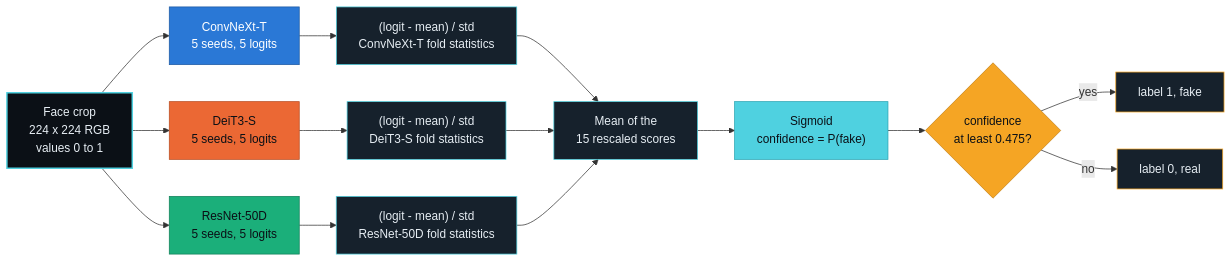
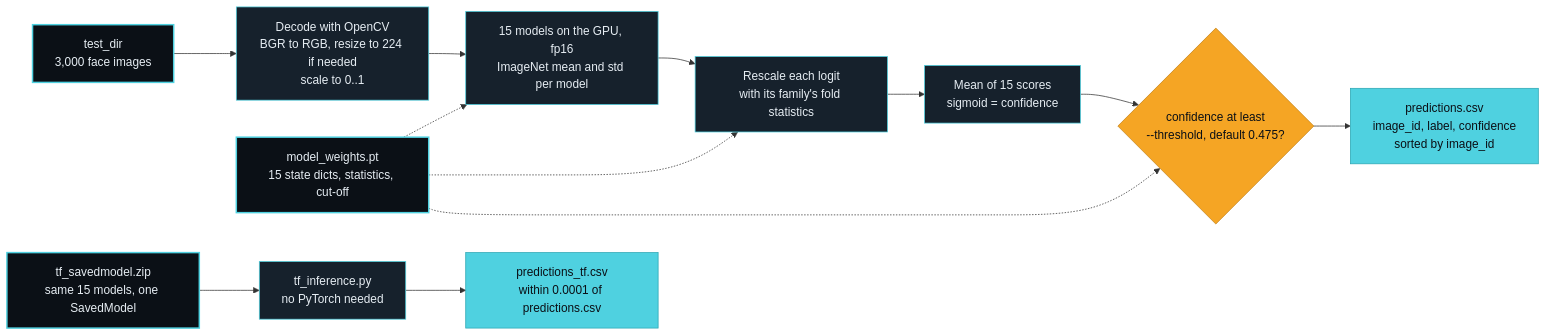
Before and after one commit to Paradox-73/DeepFake_Hackathon: the first of 2 diagrams in README.md, drawn with Mermaid. The commit also changed other lines of this file and 1 other file, not shown here.

First line of the commit message:
Rework README: scorecard, T4 reproduction steps, deliverables map, pipeline diagrams

````diff
--- a/README.md
+++ b/README.md
@@ -155,26 +164,19 @@
 ```mermaid
 flowchart LR
-    IN["Face crop<br/>224 x 224 RGB<br/>values 0 to 1"]:::io
-    IN --> C["ConvNeXt-T<br/>5 seeds, 5 logits"]:::cnx
-    IN --> D["DeiT3-S<br/>5 seeds, 5 logits"]:::deit
-    IN --> R["ResNet-50D<br/>5 seeds, 5 logits"]:::res
-    C --> CZ["(logit - mean) / std<br/>ConvNeXt-T fold statistics"]:::step
-    D --> DZ["(logit - mean) / std<br/>DeiT3-S fold statistics"]:::step
-    R --> RZ["(logit - mean) / std<br/>ResNet-50D fold statistics"]:::step
-    CZ --> M["Mean of the<br/>15 rescaled scores"]:::step
-    DZ --> M
-    RZ --> M
-    M --> S["Sigmoid<br/>confidence = P(fake)"]:::out
-    S --> T{"confidence<br/>at least 0.475?"}:::cut
-    T -- yes --> FK["label 1, fake"]:::lbl
-    T -- no --> RL["label 0, real"]:::lbl
+    IMG["test_dir<br/>3,000 face images"]:::io --> DEC["Decode with OpenCV<br/>BGR to RGB, resize to 224 if needed<br/>scale to 0..1"]:::step
+    DEC --> NET["15 models on the GPU, fp16<br/>ImageNet mean and std per model"]:::step
+    NET --> RS["Rescale each logit<br/>with its family's fold statistics"]:::step
+    RS --> AVG["Mean of 15 scores<br/>sigmoid = confidence"]:::step
+    AVG --> CUT{"confidence at least<br/>--threshold, default 0.475?"}:::cut
+    CUT --> CSV["predictions.csv<br/>image_id, label, confidence<br/>sorted by image_id"]:::out
+    W["model_weights.pt<br/>15 state dicts, statistics, cut-off"]:::io -.-> NET
+    W -.-> RS
+    W -.-> CUT
+    TFZ["tf_savedmodel.zip<br/>same 15 models, one SavedModel"]:::io --> TFI["tf_inference.py<br/>no PyTorch needed"]:::step
+    TFI --> TFC["predictions_tf.csv<br/>within 0.0001 of predictions.csv"]:::out
 
     classDef io fill:#0b1016,stroke:#4fd1e0,stroke-width:2px,color:#e6edf3
-    classDef cnx fill:#2a78d6,stroke:#1d5aa3,color:#ffffff
-    classDef deit fill:#eb6834,stroke:#b84d22,color:#0b1016
-    classDef res fill:#1baf7a,stroke:#12805a,color:#0b1016
     classDef step fill:#16212c,stroke:#4fd1e0,color:#e6edf3
+    classDef cut fill:#f5a524,stroke:#c4831a,color:#0b1016
     classDef out fill:#4fd1e0,stroke:#2aa5b3,color:#0b1016
-    classDef cut fill:#f5a524,stroke:#c4831a,color:#0b1016
-    classDef lbl fill:#16212c,stroke:#f5a524,color:#e6edf3
 ```
````
